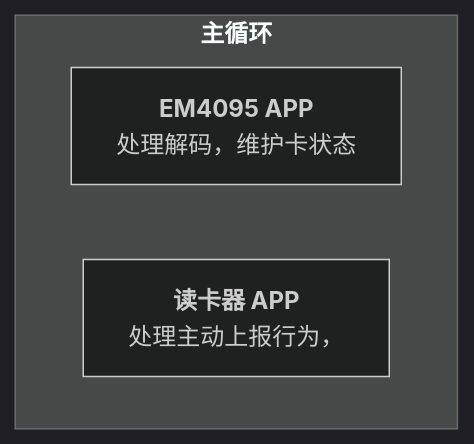
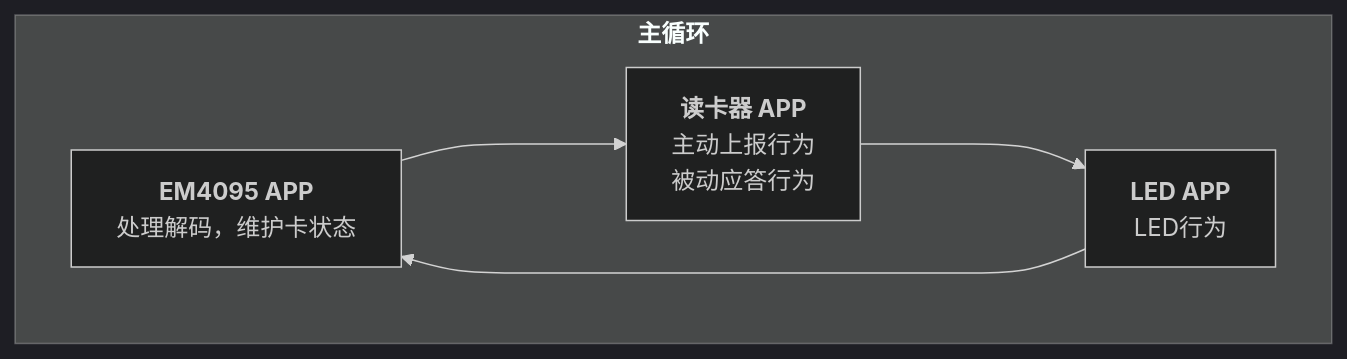
The sixth of 6 diagrams in 工作/[[SR3读卡器]]/260804SR3框架整理.md (Siaiai/ObsidianNote), drawn with Mermaid (dark theme) before and after one commit.

Commit message:
[自动]笔记同步:2026-08-05 11:25:19 涉及文件个数:1
Affected files:
工作/[[SR3读卡器]]/260804SR3框架整理.md

````diff
--- a/工作/[[SR3读卡器]]/260804SR3框架整理.md
+++ b/工作/[[SR3读卡器]]/260804SR3框架整理.md
@@ -257,10 +257,19 @@
 ```mermaid
 flowchart TB
 	subgraph MAIN["`**主循环**`"]
 		direction LR
 		APP_EM4095["`**EM4095 APP** 
 		处理解码，维护卡状态`"]
 		APP_READER["`**读卡器 APP**
-		处理主动上报行为，`"]
+		主动上报行为
+		被动应答行为`"]
+		APP_LED["`**LED APP**
+		LED行为`"]
+		
+		APP_EM4095 ---> APP_READER
+		APP_READER ---> APP_LED
+		APP_LED ---> APP_EM4095
+		
+		
 	end
 ```
````
